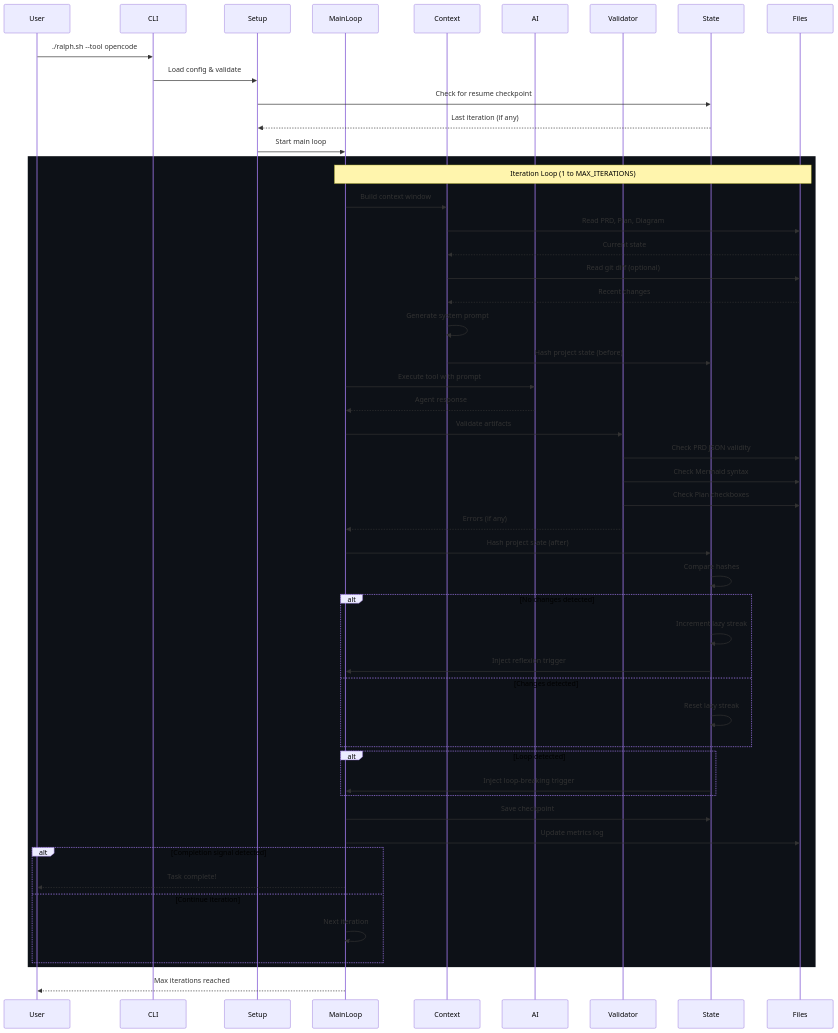
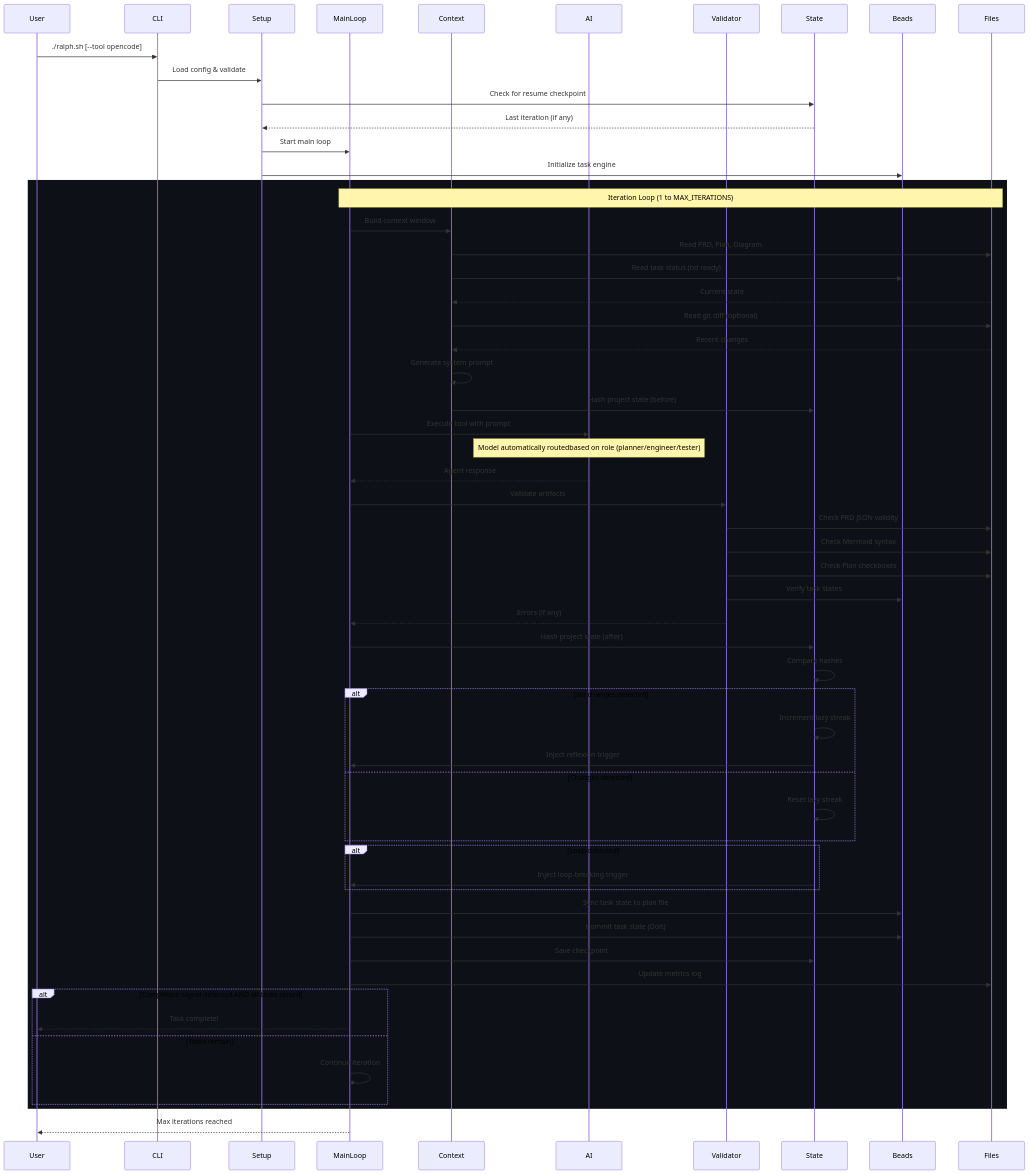
The second of 7 diagrams in README.md (WomB0ComB0/ralph), drawn with Mermaid before and after one commit. The commit also changed other lines of this file and 15 other files, not shown here.

First line of the commit message:
refactor: ♻️ Migrate task management to Beads and Dolt

````diff
--- a/README.md
+++ b/README.md
@@ -150,66 +153,73 @@
 ```mermaid
 sequenceDiagram
     participant User
     participant CLI
     participant Setup
     participant MainLoop
     participant Context
     participant AI
     participant Validator
     participant State
+    participant Beads
     participant Files
 
-    User->>CLI: ./ralph.sh --tool opencode
+    User->>CLI: ./ralph.sh [--tool opencode]
     CLI->>Setup: Load config & validate
     Setup->>State: Check for resume checkpoint
     State-->>Setup: Last iteration (if any)
     
     Setup->>MainLoop: Start main loop
+    Setup->>Beads: Initialize task engine
     
     rect rgb(13, 17, 23)
         Note over MainLoop,Files: Iteration Loop (1 to MAX_ITERATIONS)
         
         MainLoop->>Context: Build context window
         Context->>Files: Read PRD, Plan, Diagram
+        Context->>Beads: Read task status (bd ready)
         Files-->>Context: Current state
         Context->>Files: Read git diff (optional)
         Files-->>Context: Recent changes
         
         Context->>Context: Generate system prompt
         Context->>State: Hash project state (before)
         
         MainLoop->>AI: Execute tool with prompt
+        Note over AI: Model automatically routedbased on role (planner/engineer/tester)
         AI-->>MainLoop: Agent response
         
         MainLoop->>Validator: Validate artifacts
         Validator->>Files: Check PRD JSON validity
         Validator->>Files: Check Mermaid syntax
         Validator->>Files: Check Plan checkboxes
+        Validator->>Beads: Verify task states
         Validator-->>MainLoop: Errors (if any)
         
         MainLoop->>State: Hash project state (after)
         State->>State: Compare hashes
         
         alt No changes detected
             State->>State: Increment lazy streak
             State->>MainLoop: Inject reflexion trigger
         else Changes detected
             State->>State: Reset lazy streak
         end
         
         alt Loop detected
             State->>MainLoop: Inject loop-breaking trigger
         end
         
+        MainLoop->>Beads: Sync task state to plan file
+        MainLoop->>Beads: Commit task state (Dolt)
         MainLoop->>State: Save checkpoint
         MainLoop->>Files: Update metrics log
         
-        alt Completion signal detected
+        alt Completion signal detected AND all tasks closed
             MainLoop-->>User: Task complete!
-        else Continue iteration
-            MainLoop->>MainLoop: Next iteration
+        else Tasks remain
+            MainLoop->>MainLoop: Continue iteration
         end
     end
     
     MainLoop-->>User: Max iterations reached
 ```
````
